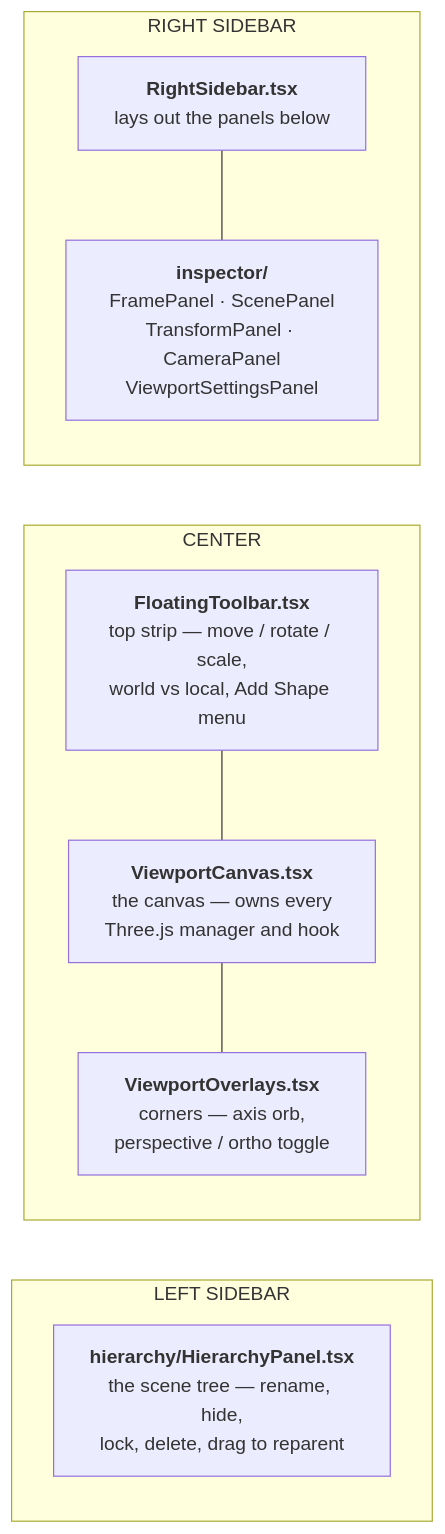
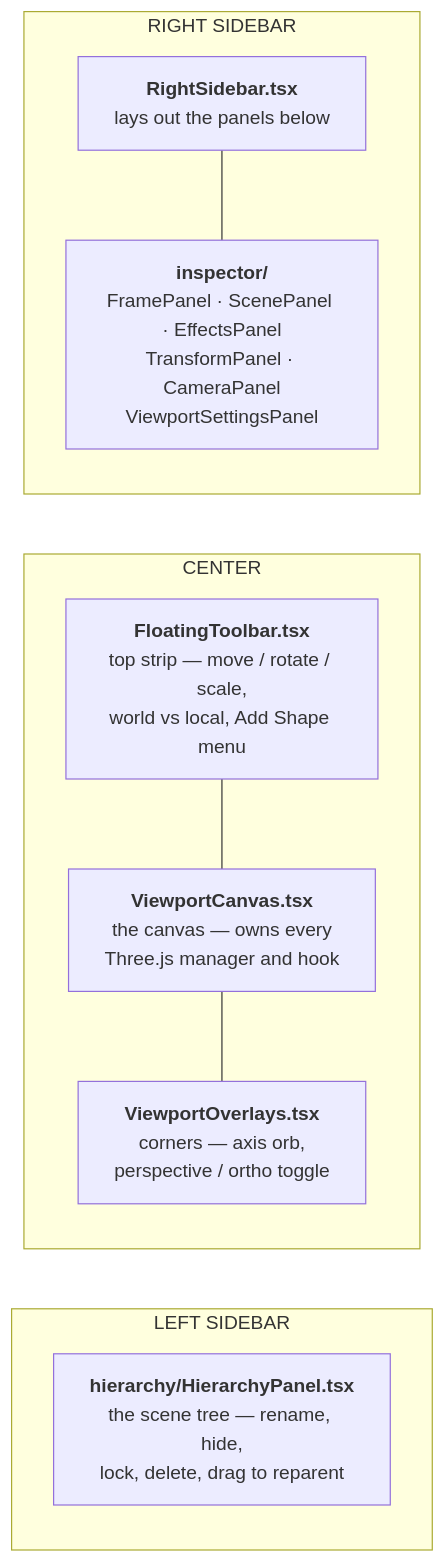
The first of 3 diagrams in docs/architecture.md (The-Agency-at-UF/Libre3D), drawn with Mermaid before and after one commit. The commit also changed 3 other files, not shown here.

Commit message:
docs: describe the Effects panel and the shared drawer

````diff
--- a/docs/architecture.md
+++ b/docs/architecture.md
@@ -13,17 +13,17 @@
 ```mermaid
 graph LR
     subgraph LEFT["LEFT SIDEBAR"]
         HP["<b>hierarchy/HierarchyPanel.tsx</b><br/>the scene tree — rename, hide,<br/>lock, delete, drag to reparent"]
     end
     subgraph CENTER["CENTER"]
         FT["<b>FloatingToolbar.tsx</b><br/>top strip — move / rotate / scale,<br/>world vs local, Add Shape menu"]
         VC["<b>ViewportCanvas.tsx</b><br/>the canvas — owns every<br/>Three.js manager and hook"]
         VO["<b>ViewportOverlays.tsx</b><br/>corners — axis orb,<br/>perspective / ortho toggle"]
         FT --- VC --- VO
     end
     subgraph RIGHT["RIGHT SIDEBAR"]
         RS["<b>RightSidebar.tsx</b><br/>lays out the panels below"]
-        IP["<b>inspector/</b><br/>FramePanel · ScenePanel<br/>TransformPanel · CameraPanel<br/>ViewportSettingsPanel"]
+        IP["<b>inspector/</b><br/>FramePanel · ScenePanel · EffectsPanel<br/>TransformPanel · CameraPanel<br/>ViewportSettingsPanel"]
         RS --- IP
     end
 ```
````
